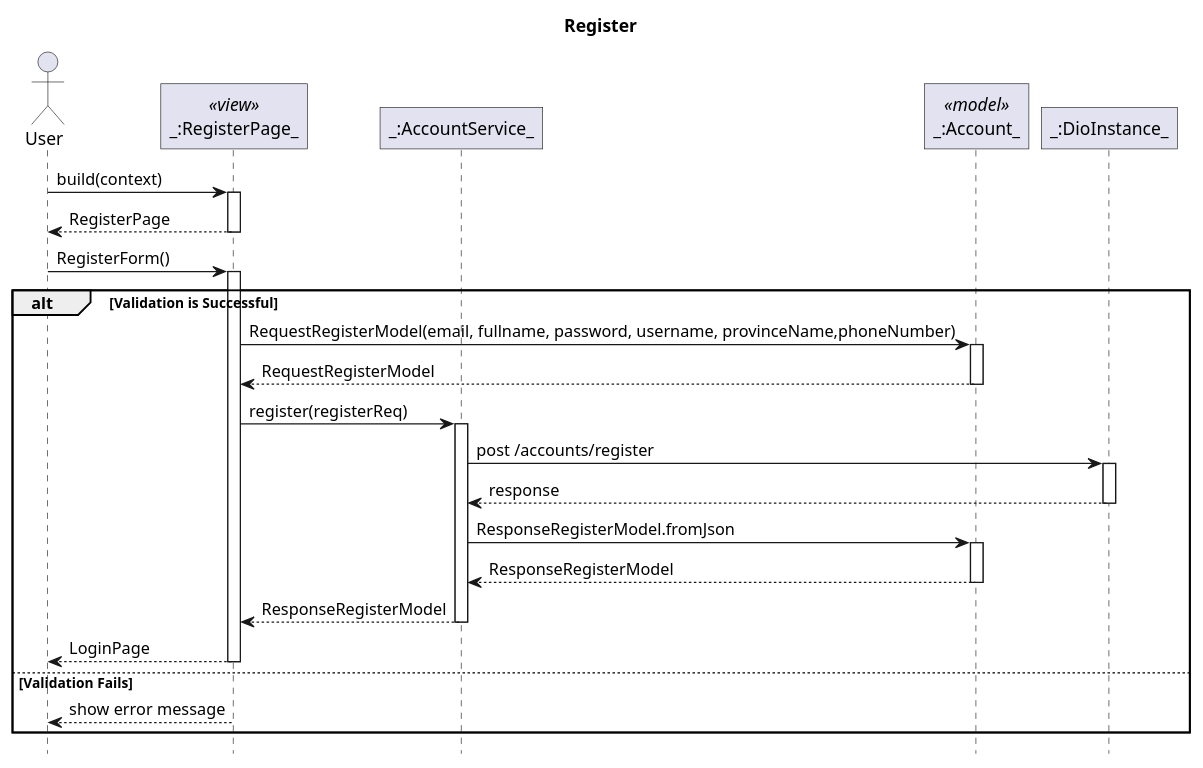
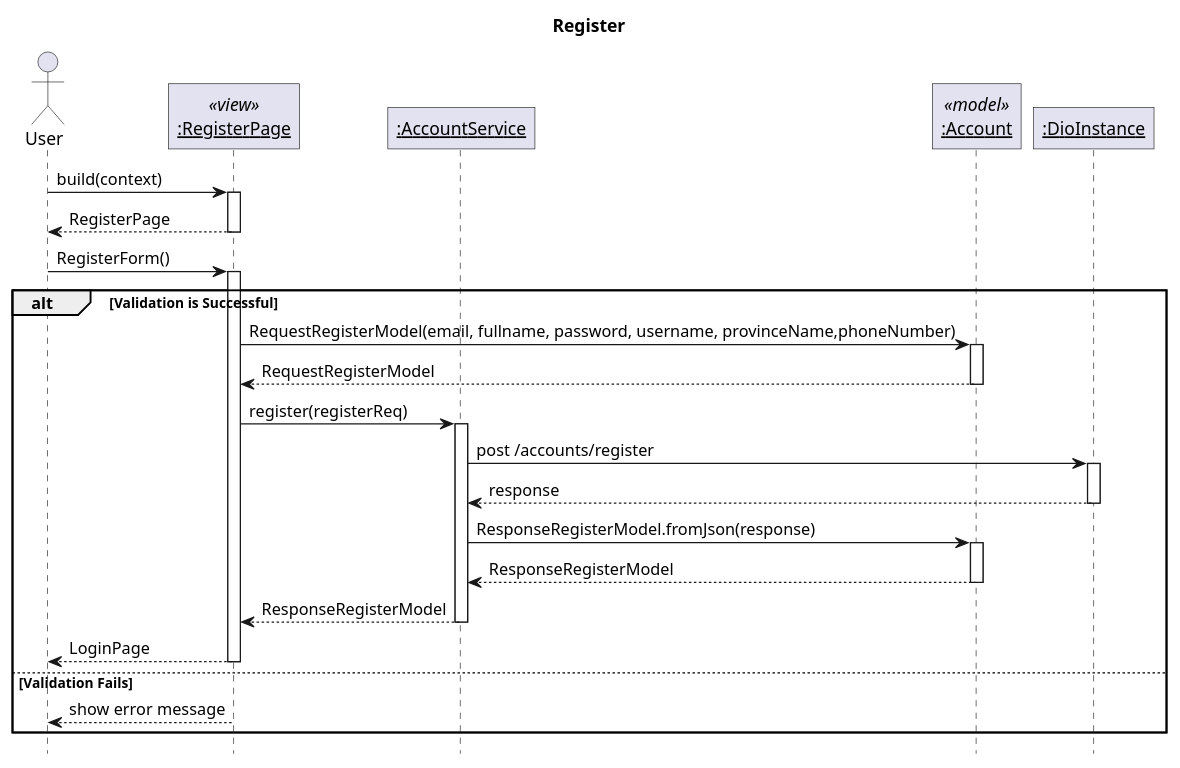
Before and after one commit to sharoncedila/FO_woofers: the diagram in lib/plantuml/sequence/account/register.puml, drawn with PlantUML. The commit also changed 30 other files, not shown here.

Commit message:
added all sequence diagram

```diff
--- a/lib/plantuml/sequence/account/register.puml
+++ b/lib/plantuml/sequence/account/register.puml
@@ -1,37 +1,37 @@
 @startuml Register
 ' Global param
 title Register
 autoactivate on
 
 ' Global style configuration
 skinparam RoundCorner 0
 hide footbox
 
 ' Sequence participant configuration
 actor User
-participant "_:RegisterPage_" as Page <<view>>
-participant "_:AccountService_" as Service
-participant "_:Account_" as Model <<model>>
-participant "_:DioInstance_" as Dio
+participant "__:RegisterPage__" as Page <<view>>
+participant "__:AccountService__" as Service
+participant "__:Account__" as Model <<model>>
+participant "__:DioInstance__" as Dio
 
 
 ' Sequence diagram
 User -> Page: build(context)
 User <-- Page: RegisterPage
 User -> Page: RegisterForm()
 alt Validation is Successful
 Page -> Model: RequestRegisterModel(email, fullname, password, username, provinceName,phoneNumber)
 Page <-- Model: RequestRegisterModel
 Page -> Service: register(registerReq)
 Service -> Dio : post /accounts/register
 Service <-- Dio : response
-Service -> Model: ResponseRegisterModel.fromJson
+Service -> Model: ResponseRegisterModel.fromJson(response)
 Service <-- Model: ResponseRegisterModel
 Page <-- Service: ResponseRegisterModel
 User <-- Page: LoginPage
 else Validation Fails
-    User <-- Page: show error message
+User <-- Page: show error message
 end
 
 
 @enduml
```
